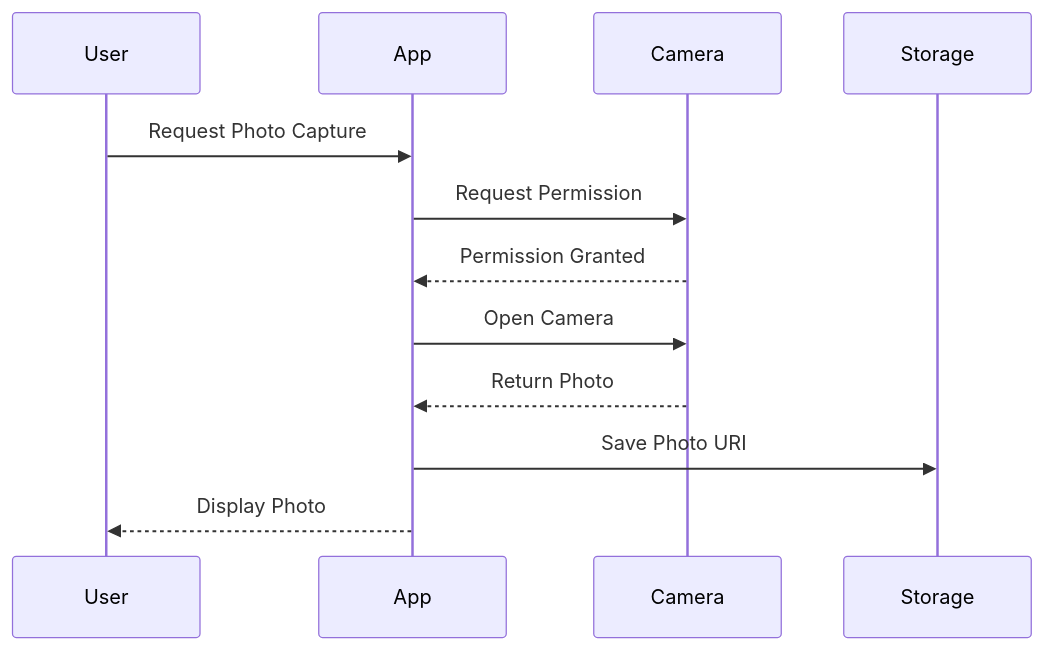
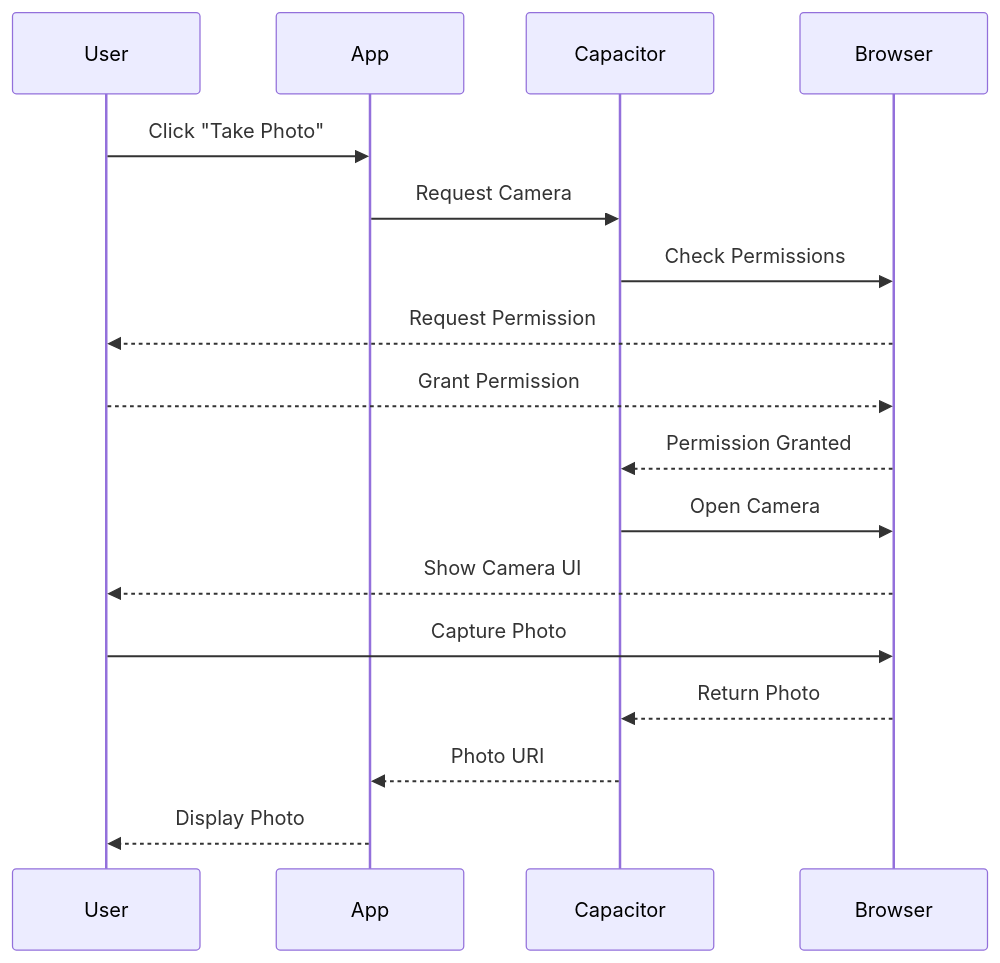
The second of 4 diagrams in README.md (DanielCreggOrganization/w9-lab-capacitor-sophieboyle1), drawn with Mermaid before and after one commit. The commit also changed other lines of this file, not shown here.

````diff
--- a/README.md
+++ b/README.md
@@ -82,15 +111,20 @@
 ```mermaid
 sequenceDiagram
     participant User
     participant App
-    participant Camera
-    participant Storage
+    participant Capacitor
+    participant Browser
     
-    User->>App: Request Photo Capture
-    App->>Camera: Request Permission
-    Camera-->>App: Permission Granted
-    App->>Camera: Open Camera
-    Camera-->>App: Return Photo
-    App->>Storage: Save Photo URI
+    User->>App: Click "Take Photo"
+    App->>Capacitor: Request Camera
+    Capacitor->>Browser: Check Permissions
+    Browser-->>User: Request Permission
+    User-->>Browser: Grant Permission
+    Browser-->>Capacitor: Permission Granted
+    Capacitor->>Browser: Open Camera
+    Browser-->>User: Show Camera UI
+    User->>Browser: Capture Photo
+    Browser-->>Capacitor: Return Photo
+    Capacitor-->>App: Photo URI
     App-->>User: Display Photo
 ```
````
